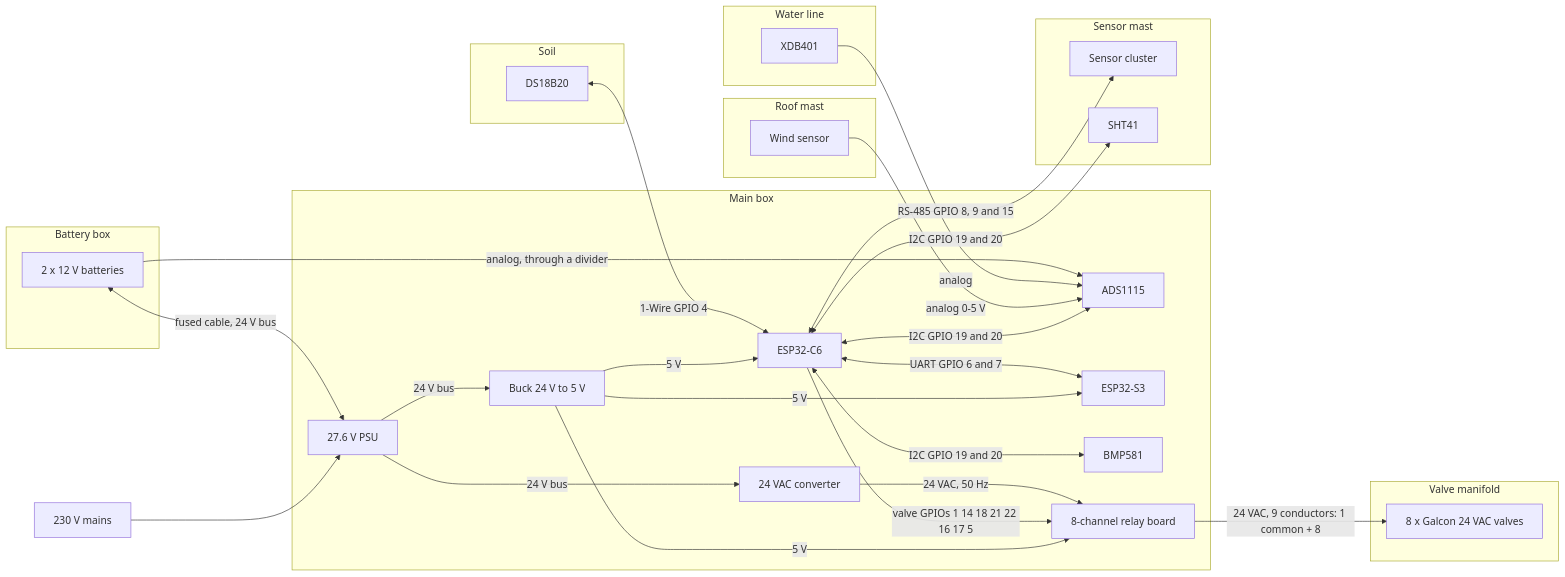
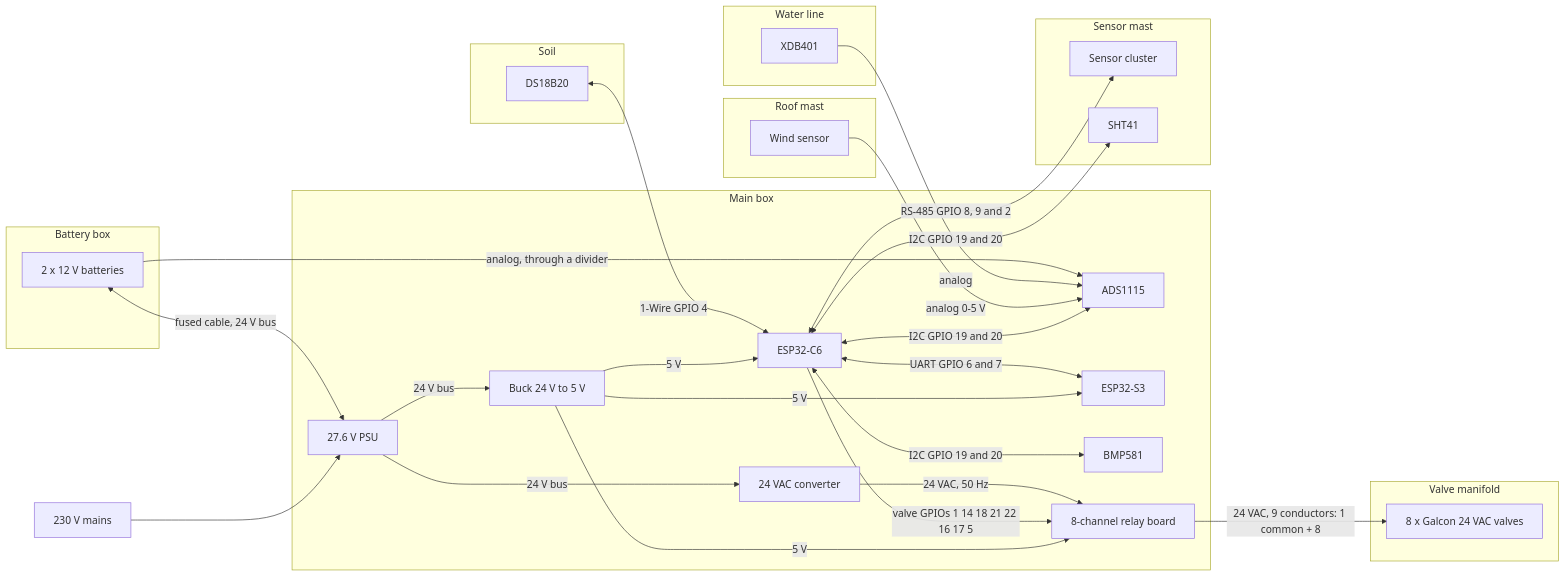
The fifth of 5 diagrams in README.md (yuvalkuck/smart-irrigate), drawn with Mermaid before and after one commit. The commit also changed other lines of this file and 3 other files, not shown here.

````diff
--- a/README.md
+++ b/README.md
@@ -250,60 +250,60 @@
 ```mermaid
 graph LR
     MAINS[230 V mains]
 
     subgraph MAIN["Main box"]
         PSU[27.6 V PSU]
         ADS[ADS1115]
         BUCK5[Buck 24 V to 5 V]
         CONV[24 VAC converter]
         C6[ESP32-C6]
         S3[ESP32-S3]
         BMP[BMP581]
         RELAY[8-channel relay board]
     end
 
     subgraph BATBOX["Battery box"]
         BAT[2 x 12 V batteries]
     end
 
     subgraph MAST["Sensor mast"]
         CLUSTER[Sensor cluster]
         SHT[SHT41]
     end
 
     subgraph ROOF["Roof mast"]
         WIND[Wind sensor]
     end
 
     subgraph SOIL["Soil"]
         DS[DS18B20]
     end
 
     subgraph PIPE["Water line"]
         XDB[XDB401]
     end
 
     subgraph MANIFOLD["Valve manifold"]
         VALVES[8 x Galcon 24 VAC valves]
     end
 
     MAINS --> PSU
     PSU -- 24 V bus --> BUCK5
     PSU -- 24 V bus --> CONV
     BAT <-- "fused cable, 24 V bus" --> PSU
     BUCK5 -- 5 V --> C6
     BUCK5 -- 5 V --> S3
     BUCK5 -- 5 V --> RELAY
     C6 <-- "UART GPIO 6 and 7" --> S3
     C6 <-- "I2C GPIO 19 and 20" --> BMP
-    C6 <-- "RS-485 GPIO 8, 9 and 15" --> CLUSTER
+    C6 <-- "RS-485 GPIO 8, 9 and 2" --> CLUSTER
     C6 <-- "I2C GPIO 19 and 20" --> SHT
     C6 <-- "I2C GPIO 19 and 20" --> ADS
     WIND -- "analog 0-5 V" --> ADS
     XDB -- "analog" --> ADS
     BAT -- "analog, through a divider" --> ADS
     DS <-- "1-Wire GPIO 4" --> C6
     C6 -- "valve GPIOs 1 14 18 21 22 16 17 5" --> RELAY
     CONV -- "24 VAC, 50 Hz" --> RELAY
     RELAY -- "24 VAC, 9 conductors: 1 common + 8" --> VALVES
 ```
````
